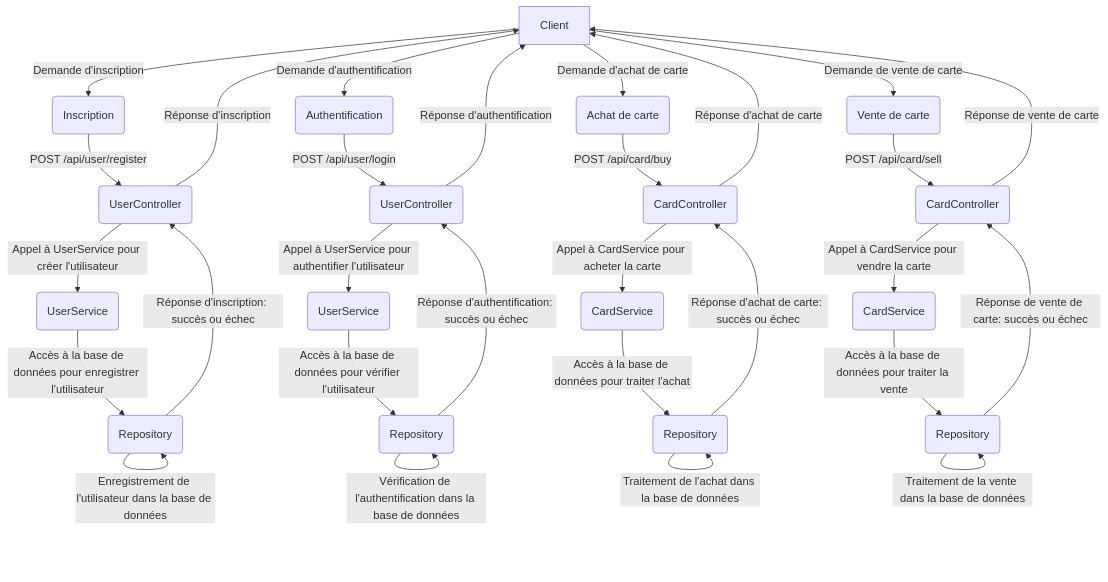
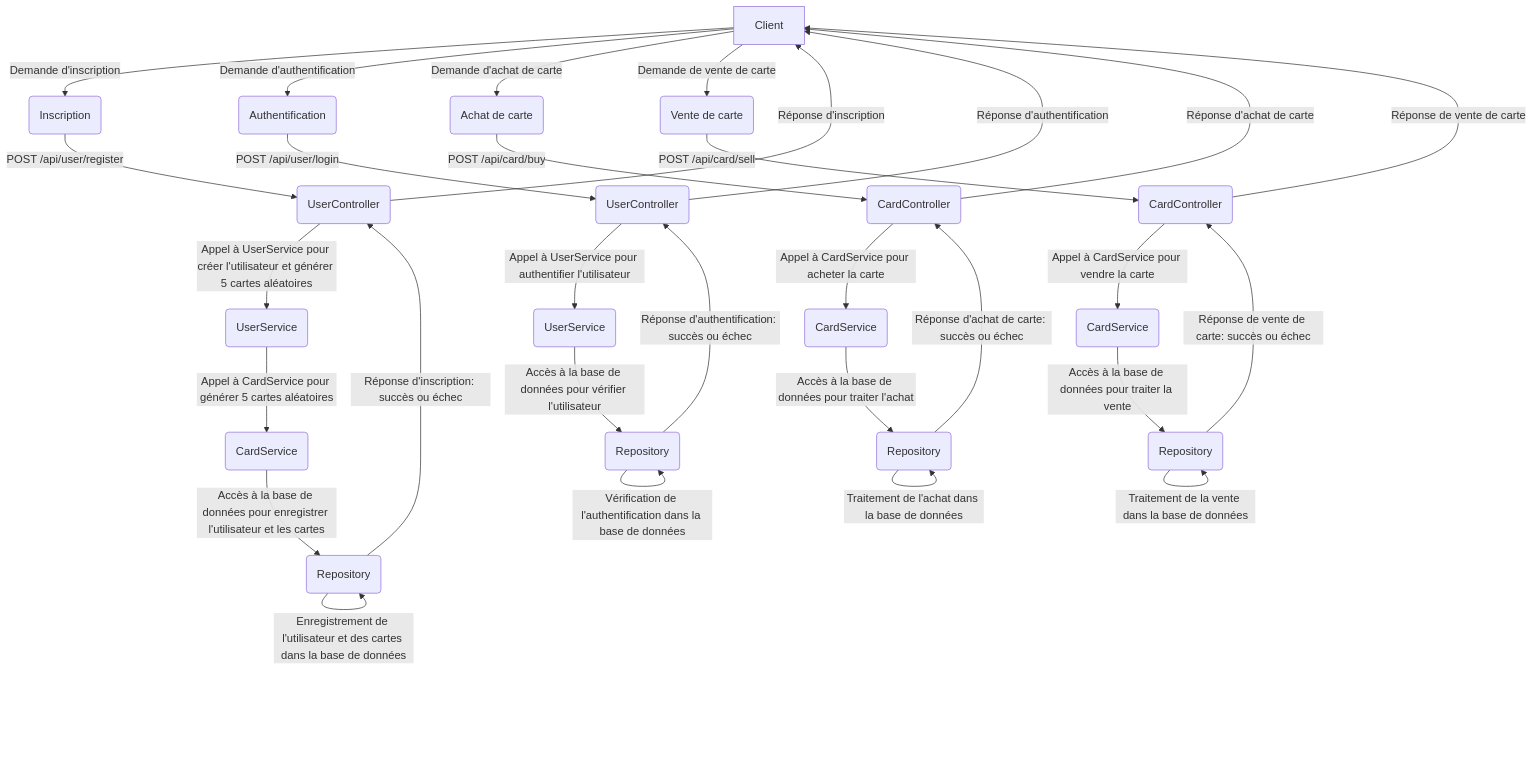
One commit to Amine-HADJ/Atelier2-SpringBoot changed the diagram in README.md. Above: the diagram before and after it, drawn with Mermaid. The commit also changed other lines of this file, not shown here.

Commit message:
Readme diagram update

````diff
--- a/README.md
+++ b/README.md
@@ -20,31 +20,33 @@
 ```mermaid
 graph TD;
-    A[Client] -->| Demande d'inscription| B(Inscription);
+    A[Client] -->|Demande d'inscription| B(Inscription);
     B -->|POST /api/user/register| C(UserController);
-    C -->|Appel à UserService pour créer l'utilisateur| D(UserService);
-    D -->|Accès à la base de données pour enregistrer l'utilisateur| E(Repository);
-    E -->|Enregistrement de l'utilisateur dans la base de données| E;
-    E -->|Réponse d'inscription: succès ou échec| C;
+    C -->|Appel à UserService pour créer l'utilisateur et générer 5 cartes aléatoires| D(UserService);
+    D -->|Appel à CardService pour générer 5 cartes aléatoires| E(CardService);
+    E -->|Accès à la base de données pour enregistrer l'utilisateur et les cartes| F(Repository);
+    F -->|Enregistrement de l'utilisateur et des cartes dans la base de données| F;
+    F -->|Réponse d'inscription: succès ou échec| C;
     C -->|Réponse d'inscription| A;
-    A -->|Demande d'authentification| F(Authentification);
-    F -->|POST /api/user/login| G(UserController);
-    G -->|Appel à UserService pour authentifier l'utilisateur| H(UserService);
-    H -->|Accès à la base de données pour vérifier l'utilisateur| I(Repository);
-    I -->|Vérification de l'authentification dans la base de données| I;
-    I -->|Réponse d'authentification: succès ou échec| G;
-    G -->|Réponse d'authentification| A;
-    A -->|Demande d'achat de carte| J(Achat de carte);
-    J -->|POST /api/card/buy| K(CardController);
-    K -->|Appel à CardService pour acheter la carte| L(CardService);
-    L -->|Accès à la base de données pour traiter l'achat| M(Repository);
-    M -->|Traitement de l'achat dans la base de données| M;
-    M -->|Réponse d'achat de carte: succès ou échec| K;
-    K -->|Réponse d'achat de carte| A;
-    A -->|Demande de vente de carte| N(Vente de carte);
-    N -->|POST /api/card/sell| O(CardController);
-    O -->|Appel à CardService pour vendre la carte| P(CardService);
-    P -->|Accès à la base de données pour traiter la vente| Q(Repository);
-    Q -->|Traitement de la vente dans la base de données| Q;
-    Q -->|Réponse de vente de carte: succès ou échec| O;
-    O -->|Réponse de vente de carte| A;
+    A -->|Demande d'authentification| G(Authentification);
+    G -->|POST /api/user/login| H(UserController);
+    H -->|Appel à UserService pour authentifier l'utilisateur| I(UserService);
+    I -->|Accès à la base de données pour vérifier l'utilisateur| J(Repository);
+    J -->|Vérification de l'authentification dans la base de données| J;
+    J -->|Réponse d'authentification: succès ou échec| H;
+    H -->|Réponse d'authentification| A;
+    A -->|Demande d'achat de carte| K(Achat de carte);
+    K -->|POST /api/card/buy| L(CardController);
+    L -->|Appel à CardService pour acheter la carte| M(CardService);
+    M -->|Accès à la base de données pour traiter l'achat| N(Repository);
+    N -->|Traitement de l'achat dans la base de données| N;
+    N -->|Réponse d'achat de carte: succès ou échec| L;
+    L -->|Réponse d'achat de carte| A;
+    A -->|Demande de vente de carte| O(Vente de carte);
+    O -->|POST /api/card/sell| P(CardController);
+    P -->|Appel à CardService pour vendre la carte| Q(CardService);
+    Q -->|Accès à la base de données pour traiter la vente| R(Repository);
+    R -->|Traitement de la vente dans la base de données| R;
+    R -->|Réponse de vente de carte: succès ou échec| P;
+    P -->|Réponse de vente de carte| A;
+
 ```
````
